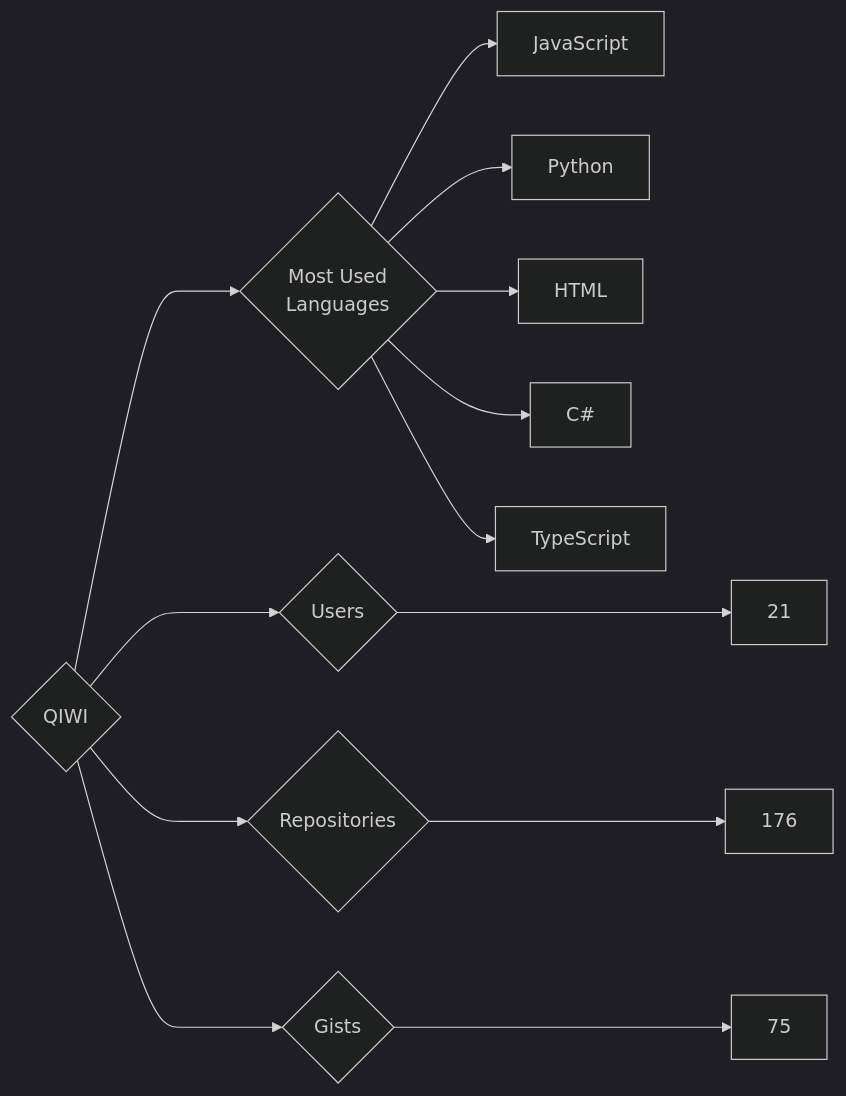
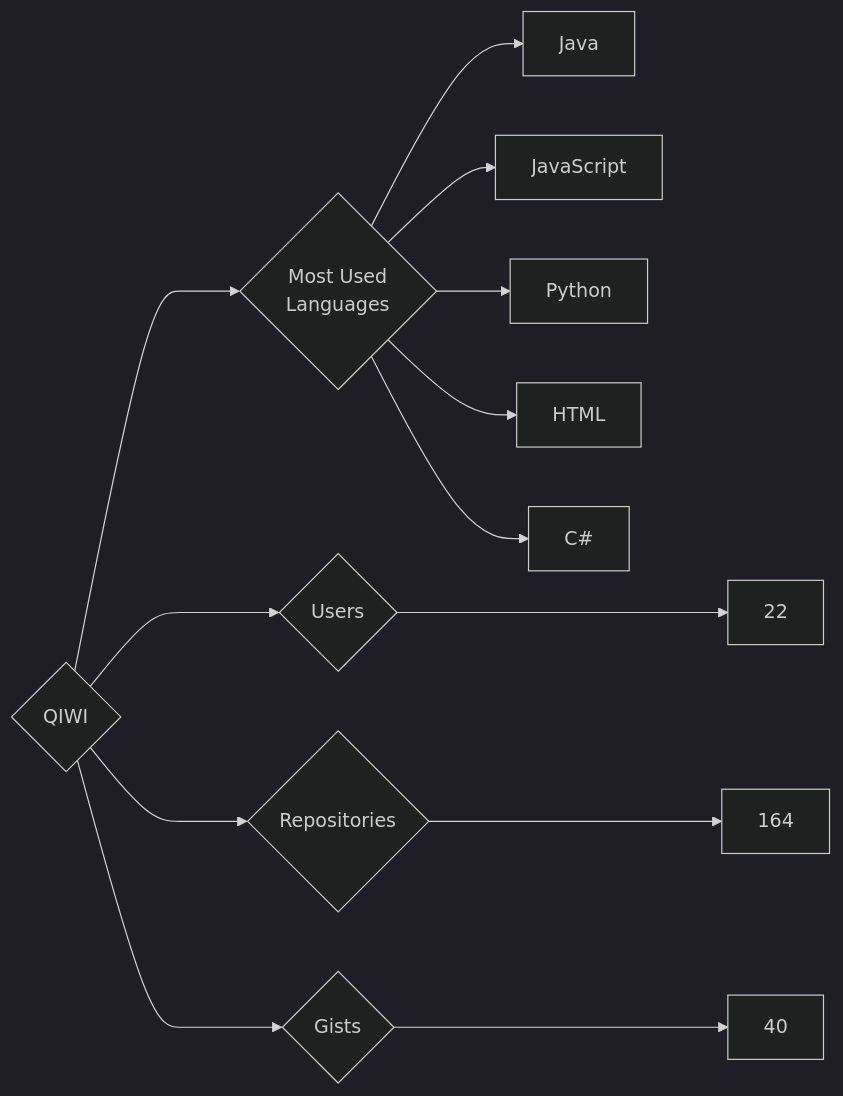
The diagram in targets/QIWI/README.md (trickest/insiders), drawn with Mermaid (dark theme) before and after one commit. The commit also changed 829 other files, not shown here.

````diff
--- a/targets/QIWI/README.md
+++ b/targets/QIWI/README.md
@@ -3,13 +3,13 @@
 ```mermaid
 graph LR
 COMPANY_NAME{QIWI}
-COMPANY_NAME ---> U{Users} ---> UN[21]
-COMPANY_NAME ---> R{Repositories} ---> RN[176]
-COMPANY_NAME ---> G{Gists} ---> GN[75]
+COMPANY_NAME ---> U{Users} ---> UN[22]
+COMPANY_NAME ---> R{Repositories} ---> RN[164]
+COMPANY_NAME ---> G{Gists} ---> GN[40]
 COMPANY_NAME ---> ML{Most Used<br>Languages}
+ML --> Java[Java]
 ML --> JavaScript[JavaScript]
 ML --> Python[Python]
 ML --> HTML[HTML]
 ML --> C#[C#]
-ML --> TypeScript[TypeScript]
 ```
````
